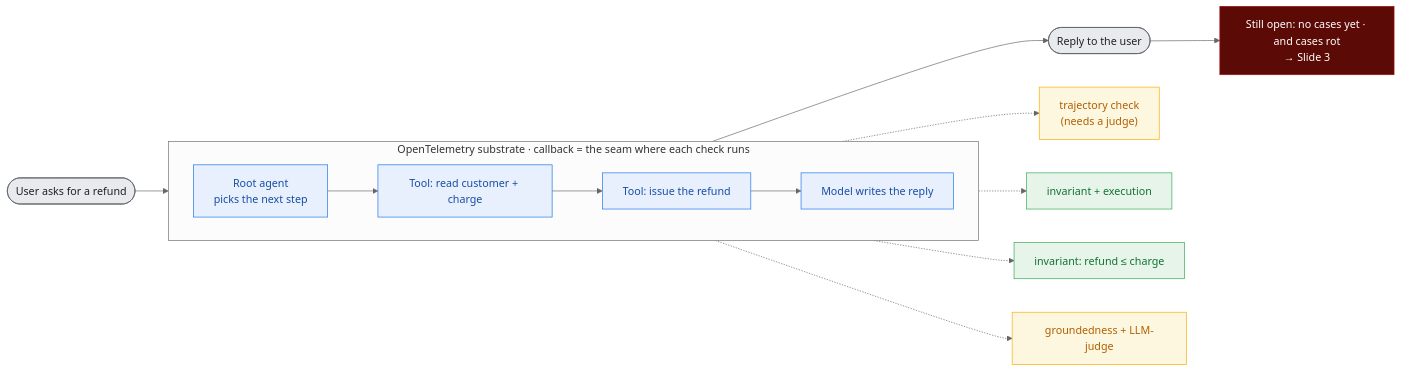
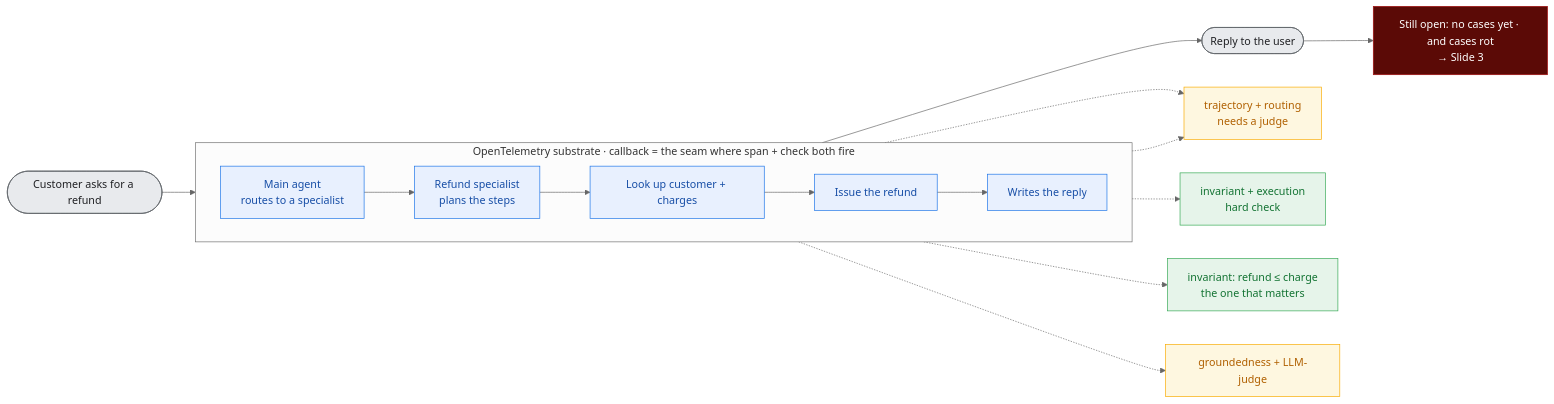
The second of 4 diagrams in docs/eval-agentes-fundamentos.md (leiterenato/l400-managing-production-agents), drawn with Mermaid (neutral theme) before and after one commit. The commit also changed other lines of this file and 7 other files, not shown here.

````diff
--- a/docs/eval-agentes-fundamentos.md
+++ b/docs/eval-agentes-fundamentos.md
@@ -699,23 +852,25 @@
 ```mermaid
 flowchart LR
-  U([User asks for a refund]):::user --> D
-  subgraph OTEL["OpenTelemetry substrate · callback = the seam where each check runs"]
+  U([Customer asks for a refund]):::user --> MAIN
+  subgraph OTEL["OpenTelemetry substrate · callback = the seam where span + check both fire"]
     direction LR
-    D[Root agent<br/>picks the next step]:::step
-    T1[Tool: read customer + charge]:::step
-    T2[Tool: issue the refund]:::step
-    M[Model writes the reply]:::step
-    D --> T1 --> T2 --> M
+    MAIN["Main agent<br/>routes to a specialist"]:::step
+    REF["Refund specialist<br/>plans the steps"]:::step
+    T1["Look up customer + charges"]:::step
+    T2["Issue the refund"]:::step
+    M["Writes the reply"]:::step
+    MAIN --> REF --> T1 --> T2 --> M
   end
   M --> R([Reply to the user]):::user
   R --> H["Still open: no cases yet · and cases rot<br/>→ Slide 3"]:::hook
-  D -.-> DC["trajectory check<br/>(needs a judge)"]:::judge
-  T1 -.-> T1C["invariant + execution"]:::inv
-  T2 -.-> T2C["invariant: refund ≤ charge"]:::inv
+  MAIN -.-> DC["trajectory + routing<br/>needs a judge"]:::judge
+  REF -.-> DC
+  T1 -.-> T1C["invariant + execution<br/>hard check"]:::inv
+  T2 -.-> T2C["invariant: refund ≤ charge<br/>the one that matters"]:::inv
   M -.-> MC["groundedness + LLM-judge"]:::judge
   classDef user fill:#E8EAED,stroke:#5F6368,color:#202124;
   classDef step fill:#E8F0FE,stroke:#1A73E8,color:#174EA6;
   classDef inv fill:#E6F4EA,stroke:#34A853,color:#137333;
   classDef judge fill:#FEF7E0,stroke:#F9AB00,color:#B06000;
   classDef hook fill:#5B0A06,stroke:#A50E0E,color:#FFFFFF;
 ```
````
